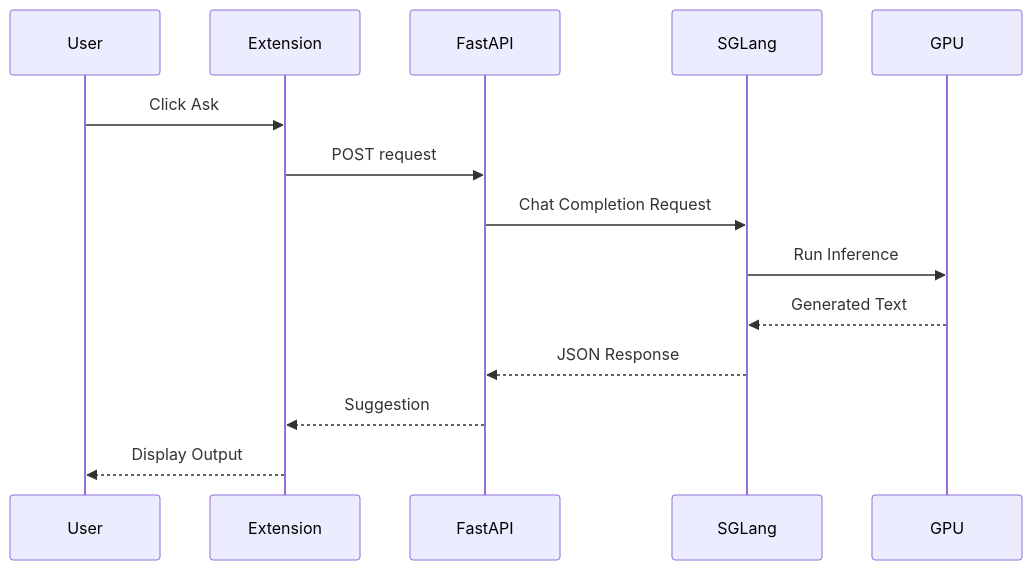
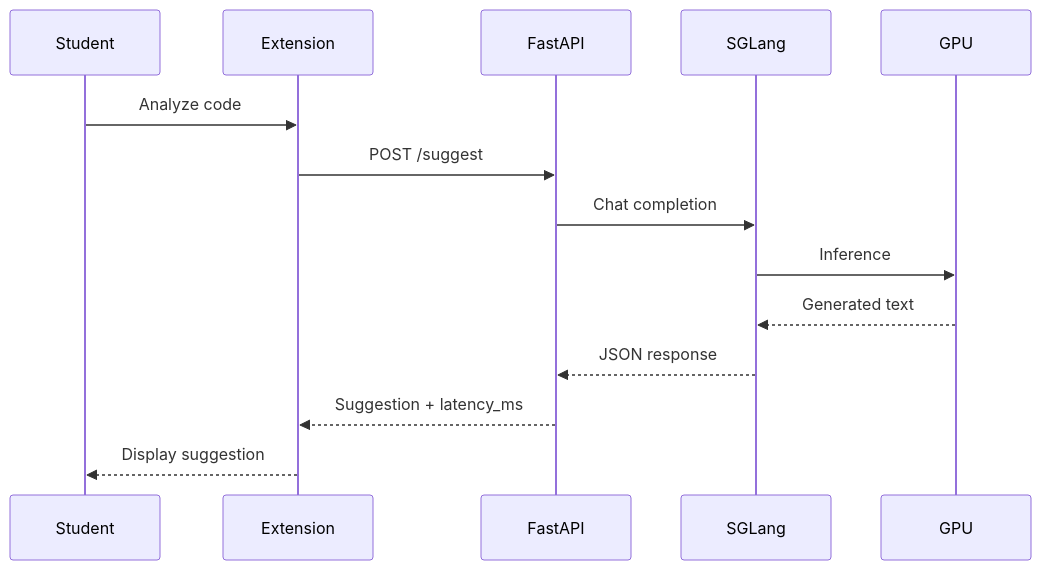
The second of 2 diagrams in README.md (jaychauhan1/canvas-coding-assistant), drawn with Mermaid before and after one commit. The commit also changed other lines of this file and 6 other files, not shown here.

````diff
--- a/README.md
+++ b/README.md
@@ -70,17 +39,17 @@
 ```mermaid
 sequenceDiagram
-    participant User
+    participant Student
     participant Extension
     participant FastAPI
     participant SGLang
     participant GPU
 
-    User->>Extension: Click Ask
-    Extension->>FastAPI: POST request
-    FastAPI->>SGLang: Chat Completion Request
-    SGLang->>GPU: Run Inference
-    GPU-->>SGLang: Generated Text
-    SGLang-->>FastAPI: JSON Response
-    FastAPI-->>Extension: Suggestion
-    Extension-->>User: Display Output
+    Student->>Extension: Analyze code
+    Extension->>FastAPI: POST /suggest
+    FastAPI->>SGLang: Chat completion
+    SGLang->>GPU: Inference
+    GPU-->>SGLang: Generated text
+    SGLang-->>FastAPI: JSON response
+    FastAPI-->>Extension: Suggestion + latency_ms
+    Extension-->>Student: Display suggestion
 ```
````
